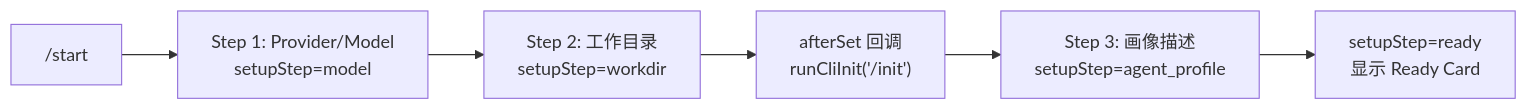
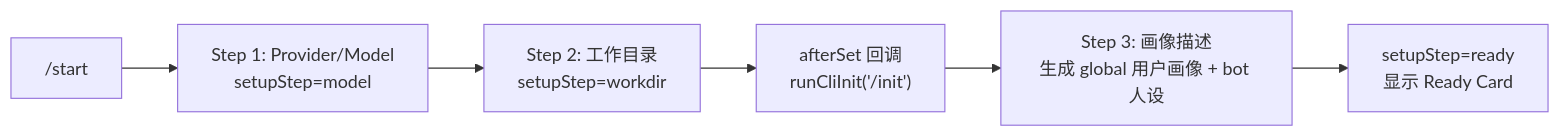
One commit to linlangli/AxiomRuntime changed the fourth of 6 diagrams in docs/ARCHITECTURE.md. Above: the diagram before and after it, drawn with Mermaid. The commit also changed other lines of this file and 16 other files, not shown here.

````diff
--- a/docs/ARCHITECTURE.md
+++ b/docs/ARCHITECTURE.md
@@ -171,8 +177,8 @@
 ```mermaid
 flowchart LR
   Start["/start"] --> Model["Step 1: Provider/Model<br/>setupStep=model"]
   Model --> Workdir["Step 2: 工作目录<br/>setupStep=workdir"]
   Workdir --> Init["afterSet 回调<br/>runCliInit('/init')"]
-  Init --> Profile["Step 3: 画像描述<br/>setupStep=agent_profile"]
+  Init --> Profile["Step 3: 画像描述<br/>生成 global 用户画像 + bot 人设"]
   Profile --> Ready["setupStep=ready<br/>显示 Ready Card"]
 ```
````
